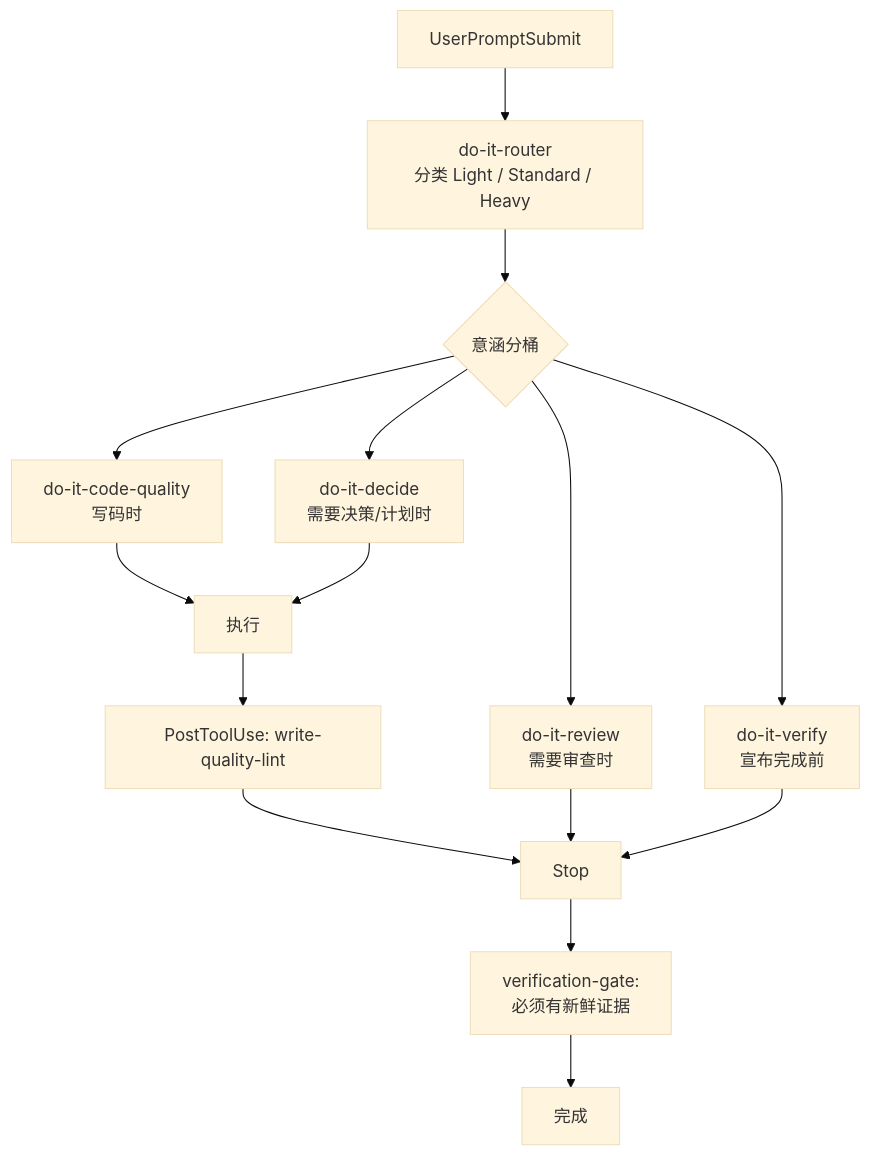
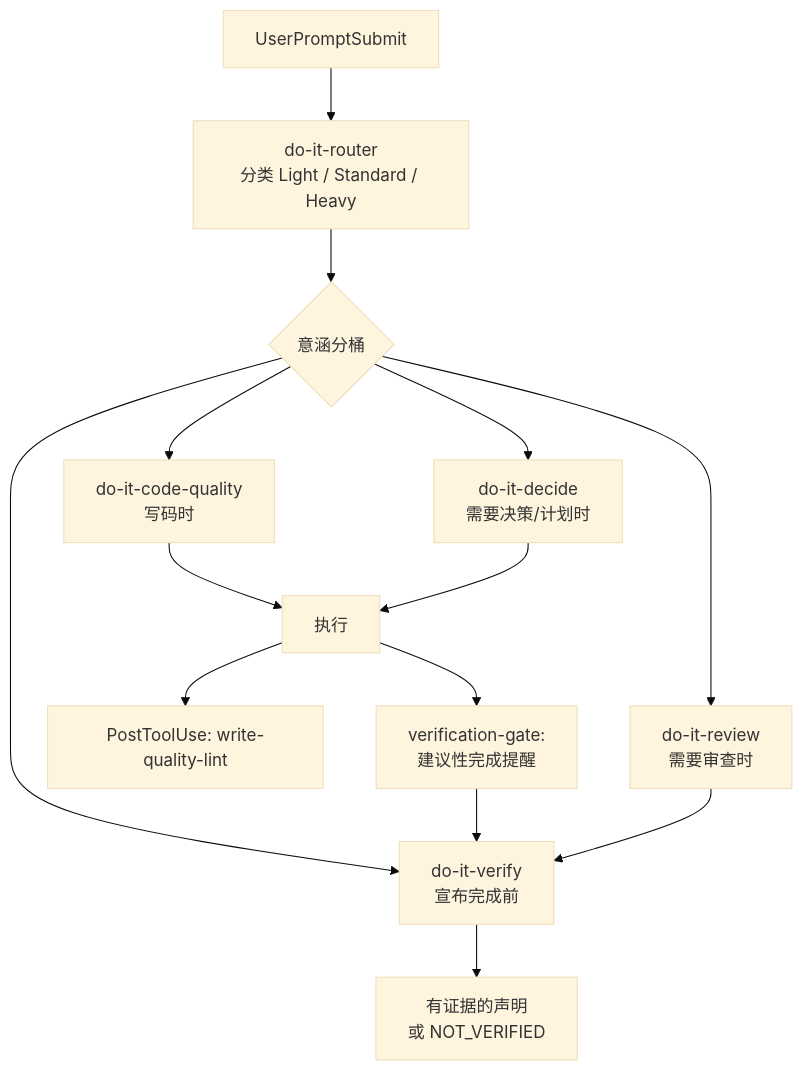
The diagram in README.zh-CN.md (tdwhere123/do-it), drawn with Mermaid (base theme) before and after one commit. The commit also changed other lines of this file and 192 other files, not shown here.

````diff
--- a/README.zh-CN.md
+++ b/README.zh-CN.md
@@ -220,17 +230,16 @@
 ```mermaid
 flowchart TD
     P[UserPromptSubmit] --> R[do-it-router<br/>分类 Light / Standard / Heavy]
     R --> B{意涵分桶}
     B --> CQ[do-it-code-quality<br/>写码时]
     B --> D[do-it-decide<br/>需要决策/计划时]
     B --> RV[do-it-review<br/>需要审查时]
     B --> VY[do-it-verify<br/>宣布完成前]
     CQ --> E[执行]
     D --> E
     E --> WQ[PostToolUse: write-quality-lint]
-    WQ --> V[Stop]
-    RV --> V
-    VY --> V
-    V --> VG[verification-gate:<br/>必须有新鲜证据]
-    VG --> Done[完成]
+    E --> VG[verification-gate:<br/>建议性完成提醒]
+    VG --> VY
+    RV --> VY
+    VY --> Done[有证据的声明<br/>或 NOT_VERIFIED]
 ```
````
